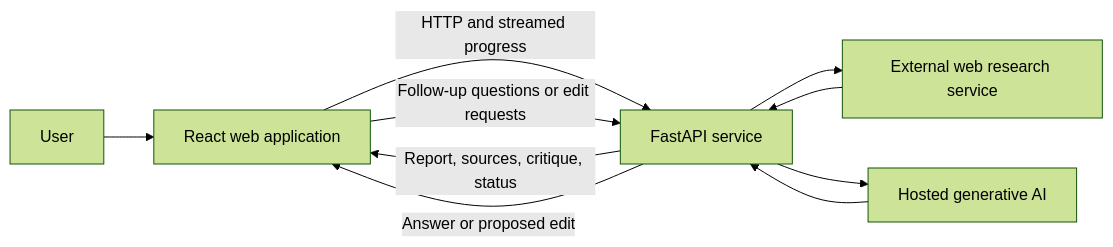
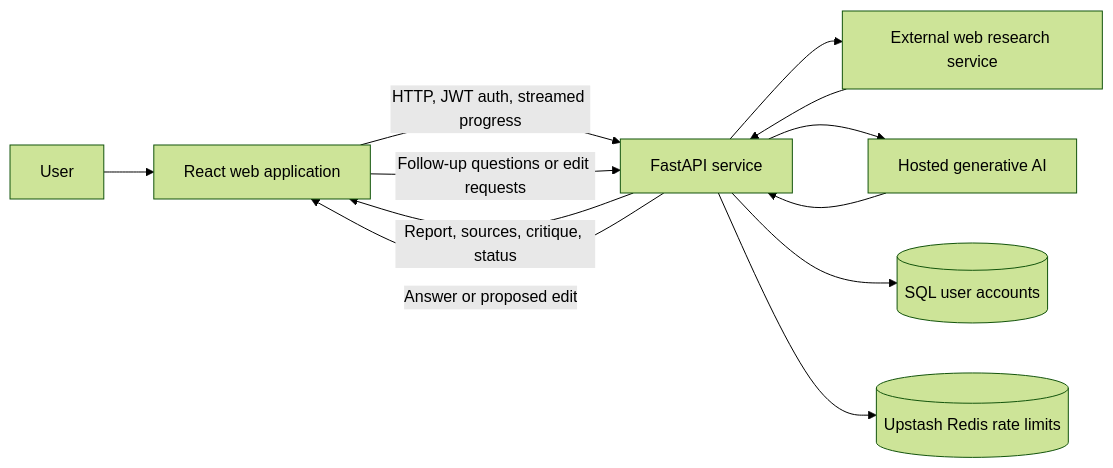
The diagram in README.md (Ultriti-Tech/ResearchBand-Research-Report-Agent), drawn with Mermaid (forest theme) before and after one commit. The commit also changed other lines of this file and 12 other files, not shown here.

````diff
--- a/README.md
+++ b/README.md
@@ -69,12 +71,14 @@
 ```mermaid
 flowchart LR
     U[User] --> UI[React web application]
-    UI -->|HTTP and streamed progress| API[FastAPI service]
+    UI -->|HTTP, JWT auth, streamed progress| API[FastAPI service]
     API --> Search[External web research service]
     API --> Model[Hosted generative AI]
+    API --> Accounts[(SQL user accounts)]
+    API --> Limits[(Upstash Redis rate limits)]
     Search --> API
     Model --> API
     API -->|Report, sources, critique, status| UI
     UI -->|Follow-up questions or edit requests| API
     API -->|Answer or proposed edit| UI
 ```
````
